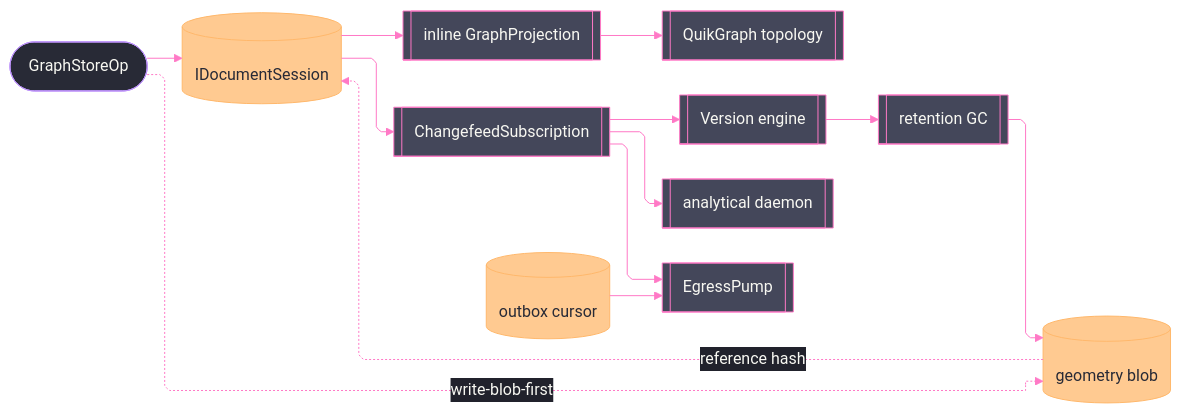
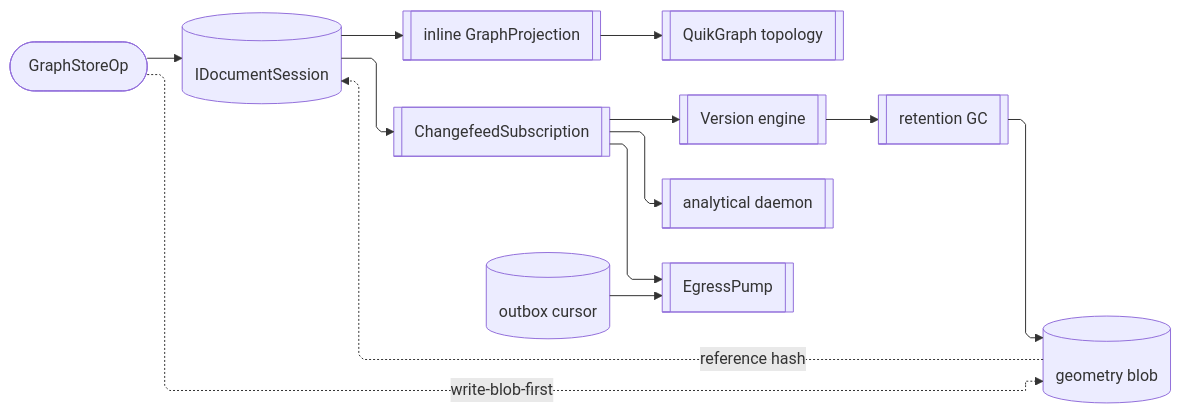
The fourth of 4 diagrams in libs/csharp/Rasm.Persistence/ARCHITECTURE.md (bsamiee/Rasm), drawn with Mermaid before and after one commit. The commit also changed other lines of this file and 460 other files, not shown here.

````diff
--- a/libs/csharp/Rasm.Persistence/ARCHITECTURE.md
+++ b/libs/csharp/Rasm.Persistence/ARCHITECTURE.md
@@ -261,46 +173,24 @@
 ```mermaid
 ---
 config:
-  theme: base
-  look: classic
   layout: elk
   flowchart:
     curve: linear
     padding: 25
-  themeVariables:
-    darkMode: true
-    fontFamily: "SF Mono, Menlo, Cascadia Mono, Segoe UI Mono, Consolas, monospace"
-    useGradient: false
-    dropShadow: "none"
-    background: "#282A36"
-    primaryColor: "#44475A"
-    primaryTextColor: "#F8F8F2"
-    primaryBorderColor: "#BD93F9"
-    lineColor: "#FF79C6"
-    textColor: "#F8F8F2"
-    edgeLabelBackground: "#21222C"
-    labelBackgroundColor: "#21222C"
-  themeCSS: ".nodeLabel{font-size:13px;font-weight:500}.edgeLabel{font-size:12px;font-weight:500}.cluster-label .nodeLabel{font-size:13.5px;font-weight:700;letter-spacing:.08em}.edge-thickness-normal{stroke-width:2px}.edge-thickness-thick{stroke-width:3px}.edge-pattern-dashed,.edge-pattern-dotted{stroke-width:1.5px;stroke-dasharray:4 6}.node rect,.node circle,.node polygon,.node path,.node .outer-path{stroke-width:1.5px;filter:none!important}.cluster rect{stroke-width:1px!important;stroke-dasharray:5 4!important;filter:none!important}.marker path{transform:scale(.8);transform-origin:5px 5px}.marker circle{transform:scale(.48);transform-origin:5px 5px}.edgeLabel rect{transform-box:fill-box;transform-origin:center;transform:scale(1.1,1.2)}"
 ---
 flowchart LR
     accTitle: ElementGraph persistence flow
     accDescr: A GraphStoreOp commits a GraphDelta event plus the identity row in one Marten session; the inline projection materializes the authoritative graph read-your-writes; the changefeed feeds the version engine and the analytical lanes; the geometry blob writes content-first and is referenced after.
     Op([GraphStoreOp]) --> Session[(IDocumentSession)]
     Session --> Inline[[inline GraphProjection]]
     Session --> Changefeed[[ChangefeedSubscription]]
     Inline --> Topology[[QuikGraph topology]]
     Changefeed --> Engine[[Version engine]]
     Changefeed --> Async[[analytical daemon]]
     Changefeed --> Pump[[EgressPump]]
     Cursor[(outbox cursor)] --> Pump
     Op -.write-blob-first.-> Blob[(geometry blob)]
     Blob -.reference hash.-> Session
     Engine --> Retention[[retention GC]]
     Retention --> Blob
-    classDef boundary fill:#282A36,stroke:#BD93F9,color:#F8F8F2
-    classDef primary fill:#44475A,stroke:#FF79C6,color:#F8F8F2
-    classDef data fill:#FFB86CBF,stroke:#FFB86C,color:#282A36
-    class Op boundary
-    class Inline,Changefeed,Topology,Engine,Async,Pump,Retention primary
-    class Session,Cursor,Blob data
 ```
````
